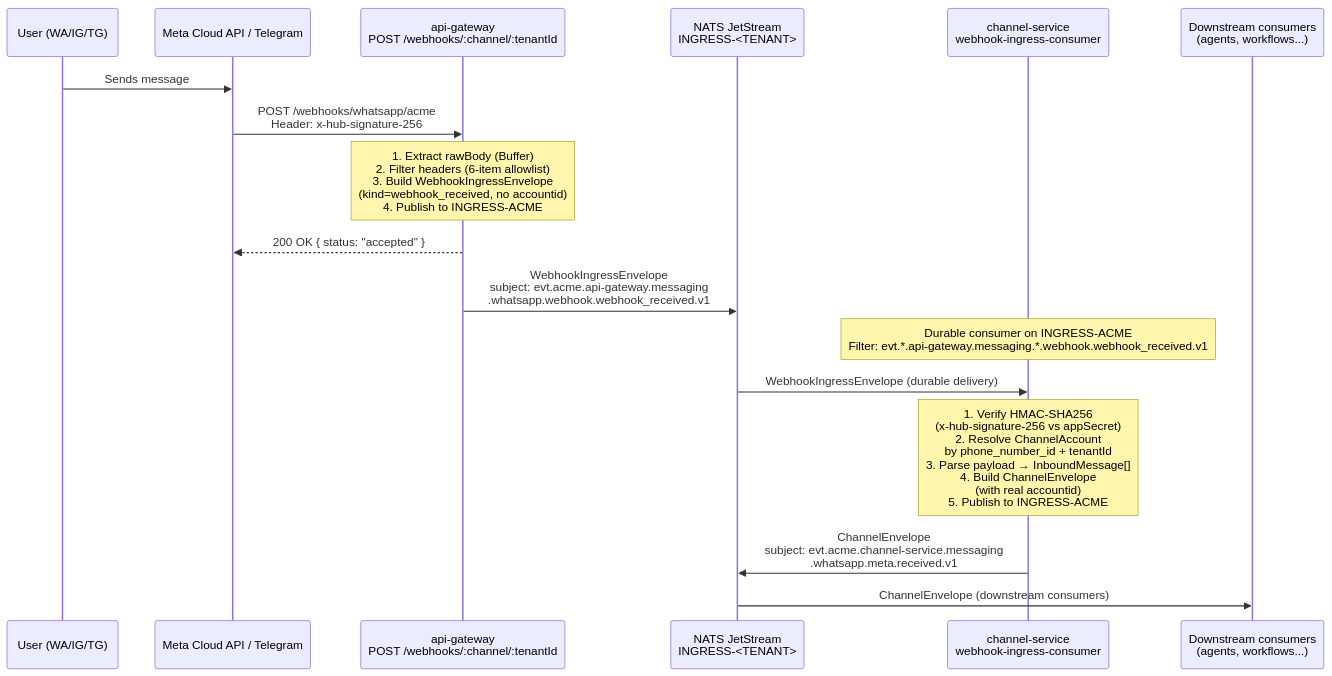
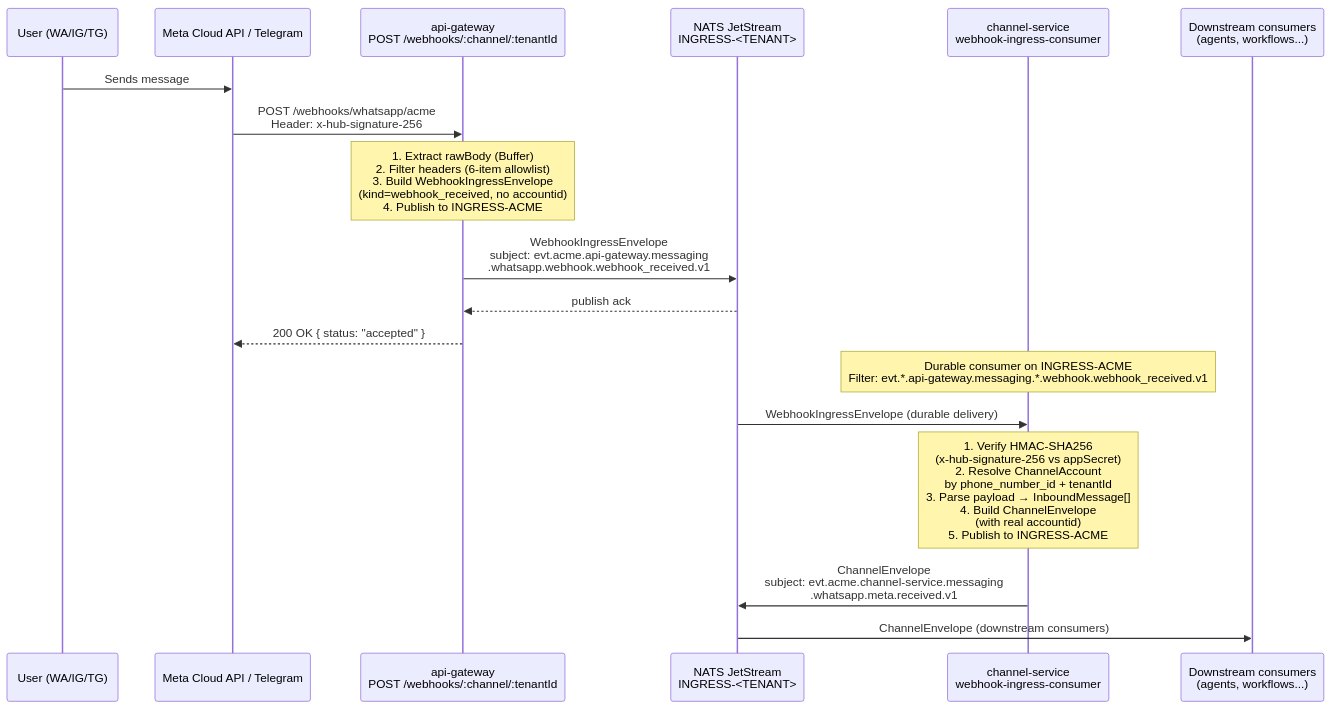
The first of 4 diagrams in DOCS/channels/channel-service.md (ccarnero/colloqui), drawn with Mermaid before and after one commit. The commit also changed other lines of this file and 67 other files, not shown here.

````diff
--- a/DOCS/channels/channel-service.md
+++ b/DOCS/channels/channel-service.md
@@ -91,27 +91,28 @@
 ```mermaid
 sequenceDiagram
     participant WA as User (WA/IG/TG)
     participant Meta as Meta Cloud API / Telegram
     participant GW as api-gateway<br/>POST /webhooks/:channel/:tenantId
     participant JS as NATS JetStream<br/>INGRESS-<TENANT>
     participant CS as channel-service<br/>webhook-ingress-consumer
     participant Down as Downstream consumers<br/>(agents, workflows...)
 
     WA->>Meta: Sends message
     Meta->>GW: POST /webhooks/whatsapp/acme<br/>Header: x-hub-signature-256
 
     Note over GW: 1. Extract rawBody (Buffer)<br/>2. Filter headers (6-item allowlist)<br/>3. Build WebhookIngressEnvelope<br/>   (kind=webhook_received, no accountid)<br/>4. Publish to INGRESS-ACME
 
+    GW->>JS: WebhookIngressEnvelope<br/>subject: evt.acme.api-gateway.messaging<br/>.whatsapp.webhook.webhook_received.v1
+    JS-->>GW: publish ack
     GW-->>Meta: 200 OK { status: "accepted" }
-    GW->>JS: WebhookIngressEnvelope<br/>subject: evt.acme.api-gateway.messaging<br/>.whatsapp.webhook.webhook_received.v1
 
     Note over CS: Durable consumer on INGRESS-ACME<br/>Filter: evt.*.api-gateway.messaging.*.webhook.webhook_received.v1
 
     JS->>CS: WebhookIngressEnvelope (durable delivery)
 
     Note over CS: 1. Verify HMAC-SHA256<br/>   (x-hub-signature-256 vs appSecret)<br/>2. Resolve ChannelAccount<br/>   by phone_number_id + tenantId<br/>3. Parse payload → InboundMessage[]<br/>4. Build ChannelEnvelope<br/>   (with real accountid)<br/>5. Publish to INGRESS-ACME
 
     CS->>JS: ChannelEnvelope<br/>subject: evt.acme.channel-service.messaging<br/>.whatsapp.meta.received.v1
 
     JS->>Down: ChannelEnvelope (downstream consumers)
 ```
````
